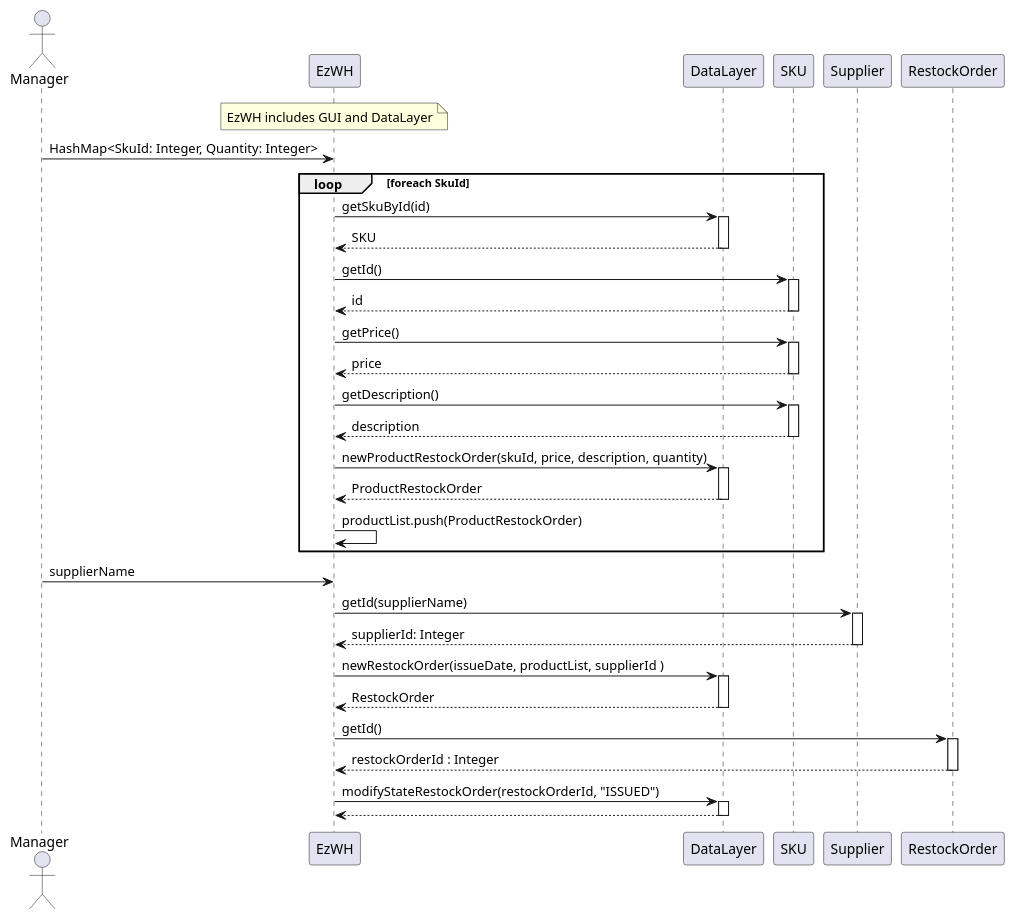
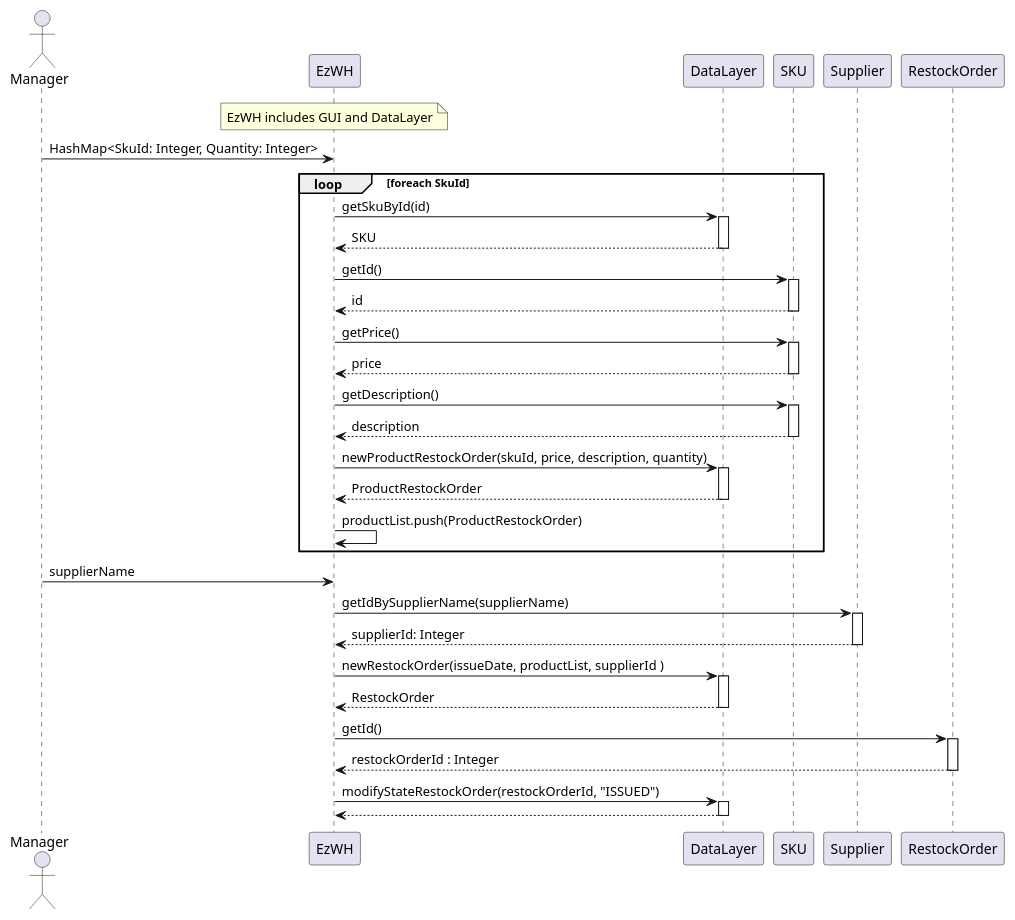
The third of 6 diagrams in DesignDocument.md (LucaFilippetti99/EzWh---Software-engineering-project), drawn with PlantUML before and after one commit.

Commit message:
fix Scenario 3-1

````diff
--- a/DesignDocument.md
+++ b/DesignDocument.md
@@ -106,51 +106,51 @@
 ```plantuml
 
 actor Manager
 note over EzWH : EzWH includes GUI and DataLayer
 Manager -> EzWH : HashMap<SkuId: Integer, Quantity: Integer>
 
 loop foreach SkuId
   EzWH -> DataLayer : getSkuById(id)
   activate DataLayer
   return SKU
 
   EzWH -> SKU : getId()
   activate SKU
   return id
 
   EzWH -> SKU : getPrice()
   activate SKU
   return price
 
   EzWH -> SKU : getDescription()
   activate SKU
   return description
 
   EzWH -> DataLayer : newProductRestockOrder(skuId, price, description, quantity)
   activate DataLayer
   return ProductRestockOrder
 
   EzWH -> EzWH : productList.push(ProductRestockOrder)
 
   end
 
 Manager -> EzWH : supplierName
 
-EzWH -> Supplier : getId(supplierName)
+EzWH -> Supplier : getIdBySupplierName(supplierName)
 activate Supplier
 return supplierId: Integer
 
 EzWH -> DataLayer : newRestockOrder(issueDate, productList, supplierId )
 activate DataLayer
 return RestockOrder
 
 EzWH -> RestockOrder : getId()
 activate RestockOrder
 return restockOrderId : Integer
 
 EzWH -> DataLayer : modifyStateRestockOrder(restockOrderId, "ISSUED")
 activate DataLayer
 return
 
 
 ```
````
